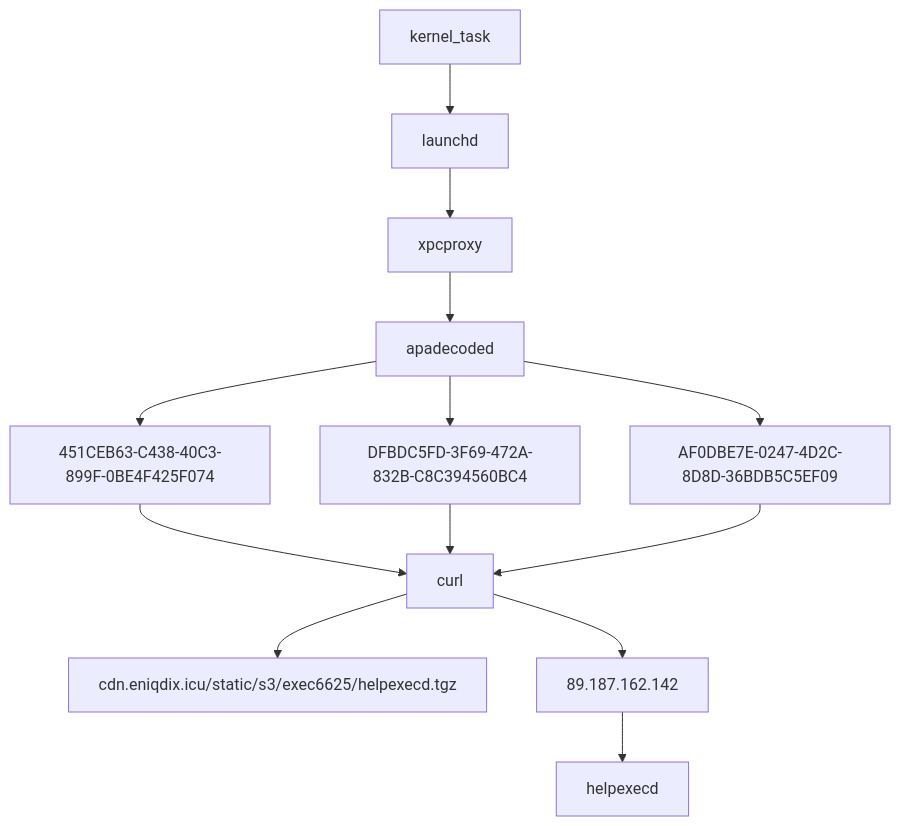
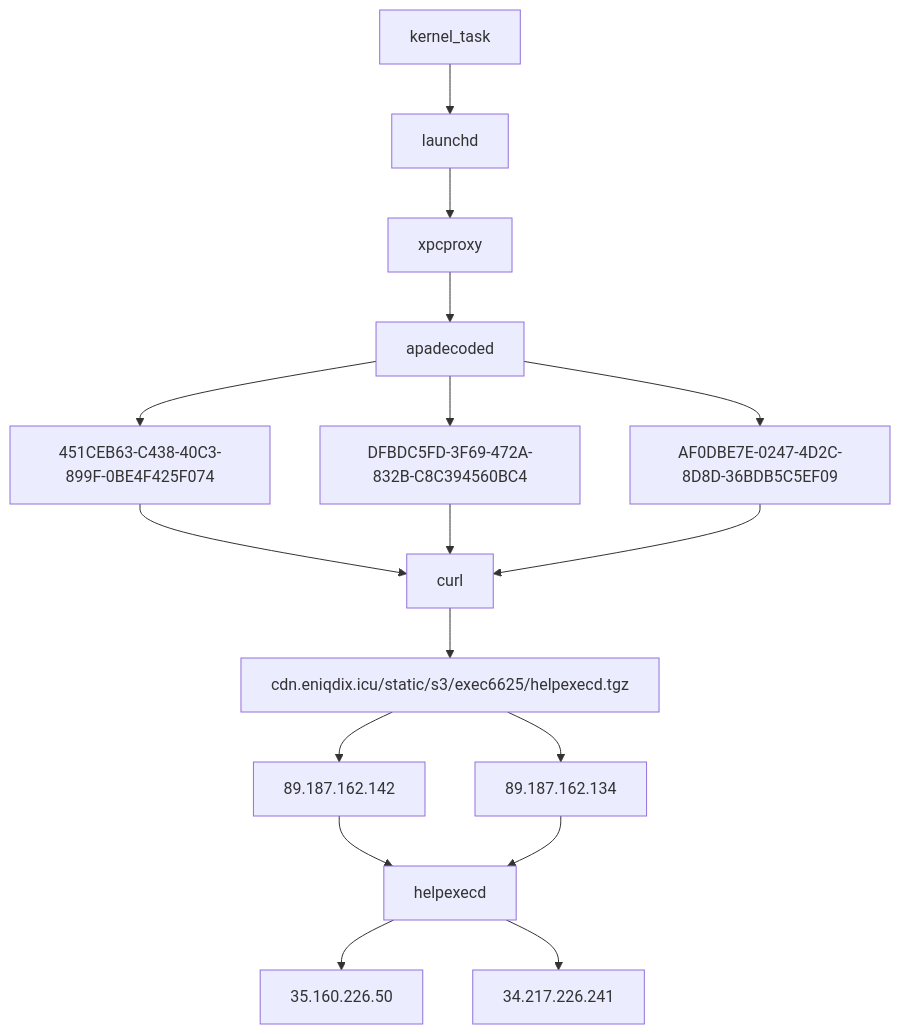
The diagram in _posts/2022-05-19-Mac-Malware.md (WildDogOne/DemonWareXT.github.io), drawn with Mermaid before and after one commit.

Commit message:
adding new case

```diff
--- a/_posts/2022-05-19-Mac-Malware.md
+++ b/_posts/2022-05-19-Mac-Malware.md
@@ -48,15 +48,19 @@
 <div class="mermaid">
 flowchart TD;
     kernel_task --> launchd;
     launchd --> xpcproxy;
     xpcproxy --> apadecoded;
     apadecoded --> 451CEB63-C438-40C3-899F-0BE4F425F074;
     apadecoded --> DFBDC5FD-3F69-472A-832B-C8C394560BC4;
     apadecoded --> AF0DBE7E-0247-4D2C-8D8D-36BDB5C5EF09;
     451CEB63-C438-40C3-899F-0BE4F425F074 --> curl;
     DFBDC5FD-3F69-472A-832B-C8C394560BC4 --> curl;
     AF0DBE7E-0247-4D2C-8D8D-36BDB5C5EF09 --> curl;
     curl --> cdn.eniqdix.icu/static/s3/exec6625/helpexecd.tgz;
-    curl --> 89.187.162.142;
+    cdn.eniqdix.icu/static/s3/exec6625/helpexecd.tgz --> 89.187.162.142;
+    cdn.eniqdix.icu/static/s3/exec6625/helpexecd.tgz --> 89.187.162.134;
     89.187.162.142 --> helpexecd;
+    89.187.162.134 --> helpexecd;
+    helpexecd --> 35.160.226.50;
+    helpexecd --> 34.217.226.241;
 </div>
```
